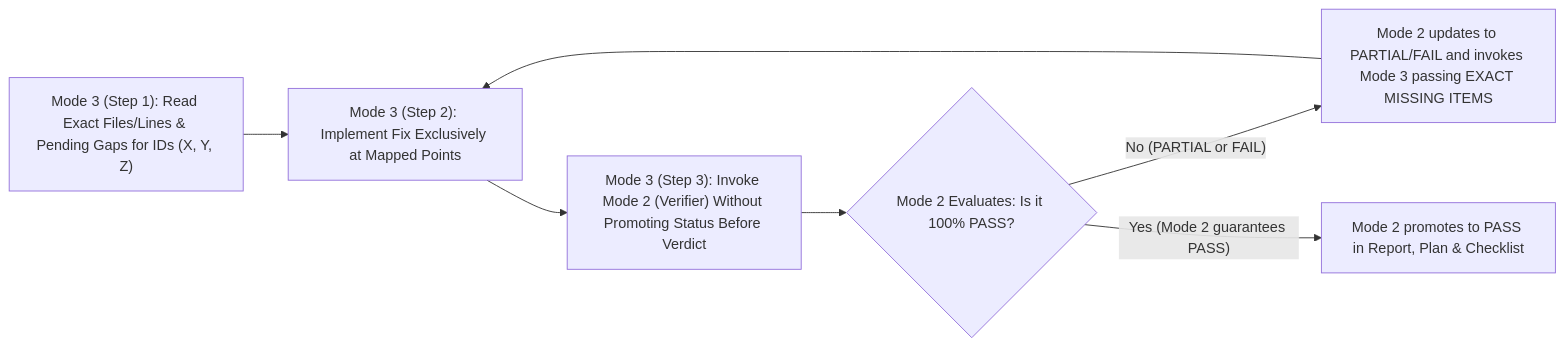
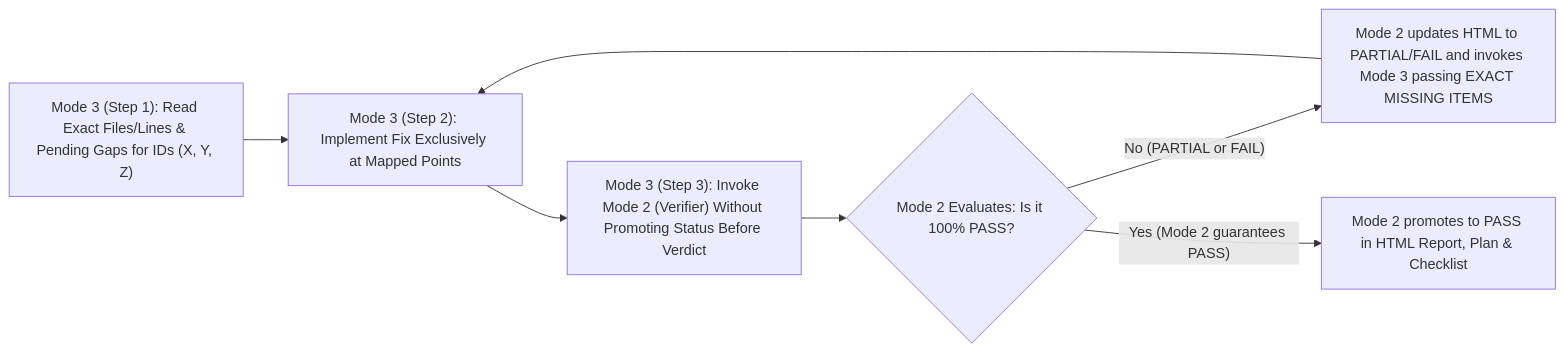
Before and after one commit to BrunoReiff/embed-sec-auditor: the fourth of 4 diagrams in .agents/skills/owasp-iot-auditor/SKILL.md, drawn with Mermaid. The commit also changed other lines of this file and 11 other files, not shown here.

````diff
--- a/.agents/skills/owasp-iot-auditor/SKILL.md
+++ b/.agents/skills/owasp-iot-auditor/SKILL.md
@@ -273,9 +278,9 @@
 ```mermaid
 flowchart LR
     S1["Mode 3 (Step 1): Read Exact Files/Lines & Pending Gaps for IDs (X, Y, Z)"] --> S2["Mode 3 (Step 2): Implement Fix Exclusively at Mapped Points"]
     S2 --> S3["Mode 3 (Step 3): Invoke Mode 2 (Verifier) Without Promoting Status Before Verdict"]
     S3 --> V2{"Mode 2 Evaluates: Is it 100% PASS?"}
-    V2 -->|"No (PARTIAL or FAIL)"| S_DELTA["Mode 2 updates to PARTIAL/FAIL and invokes Mode 3 passing EXACT MISSING ITEMS"]
+    V2 -->|"No (PARTIAL or FAIL)"| S_DELTA["Mode 2 updates HTML to PARTIAL/FAIL and invokes Mode 3 passing EXACT MISSING ITEMS"]
     S_DELTA --> S2
-    V2 -->|"Yes (Mode 2 guarantees PASS)"| S4["Mode 2 promotes to PASS in Report, Plan & Checklist"]
+    V2 -->|"Yes (Mode 2 guarantees PASS)"| S4["Mode 2 promotes to PASS in HTML Report, Plan & Checklist"]
 ```
````
